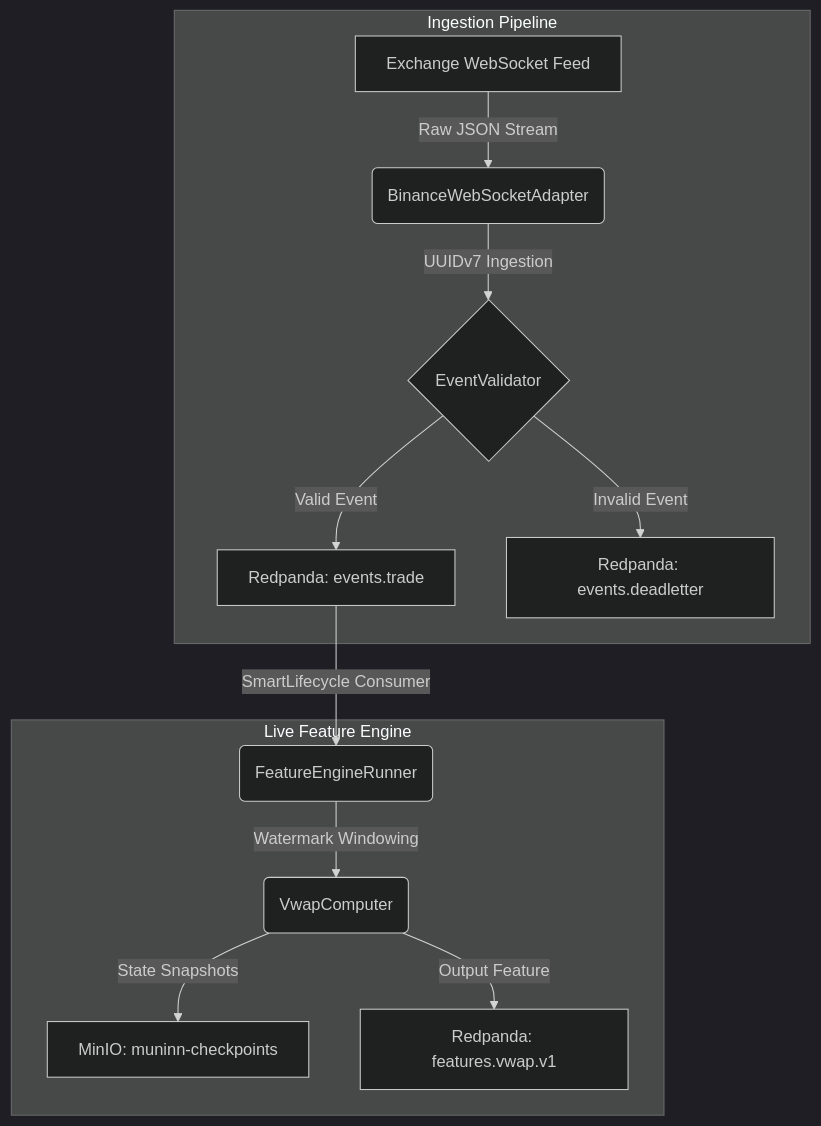
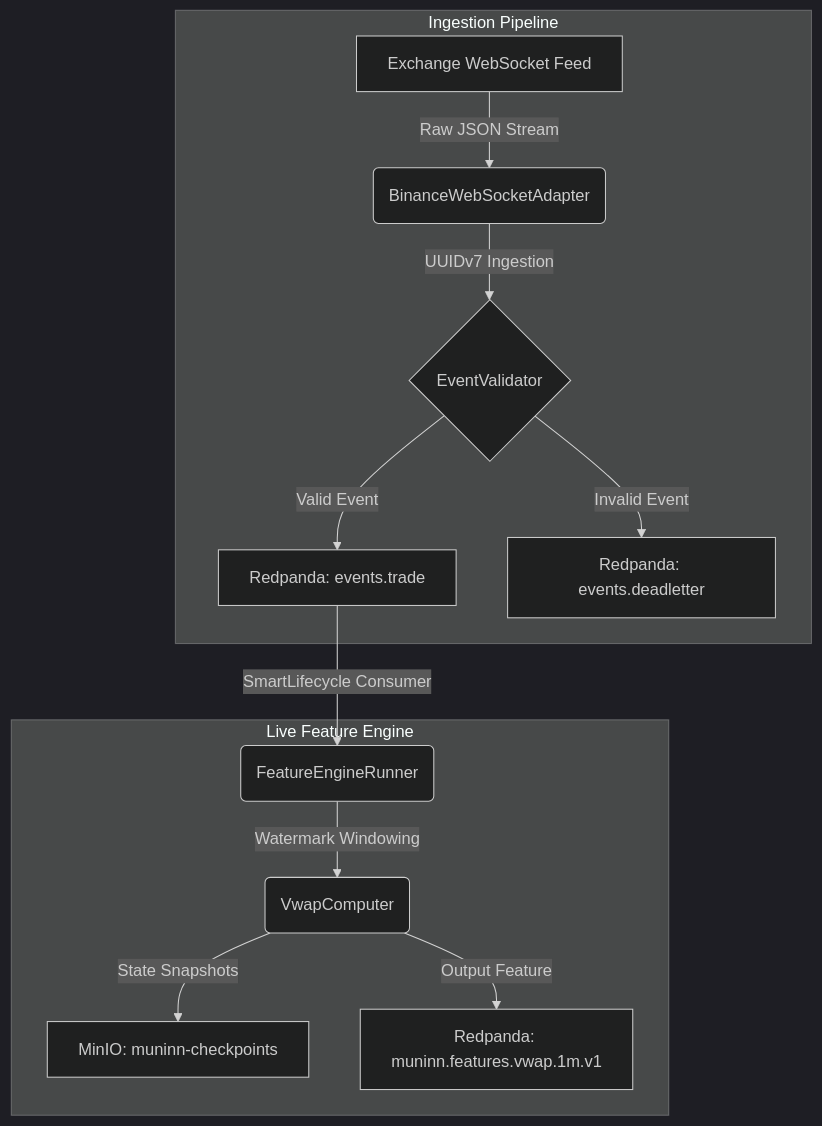
The first of 3 diagrams in README.md (lgreene03/muninn), drawn with Mermaid (dark theme) before and after one commit. The commit also changed other lines of this file and 37 other files, not shown here.

````diff
--- a/README.md
+++ b/README.md
@@ -37,16 +37,16 @@
 ```mermaid
 graph TD
     subgraph Ingestion Pipeline
         A[Exchange WebSocket Feed] -->|Raw JSON Stream| B(BinanceWebSocketAdapter)
         B -->|UUIDv7 Ingestion| C{EventValidator}
         C -->|Valid Event| D[Redpanda: events.trade]
         C -->|Invalid Event| E[Redpanda: events.deadletter]
     end
 
     subgraph Live Feature Engine
         D -->|SmartLifecycle Consumer| F(FeatureEngineRunner)
         F -->|Watermark Windowing| G(VwapComputer)
         G -->|State Snapshots| H[MinIO: muninn-checkpoints]
-        G -->|Output Feature| I[Redpanda: features.vwap.v1]
+        G -->|Output Feature| I[Redpanda: muninn.features.vwap.1m.v1]
     end
 ```
````
